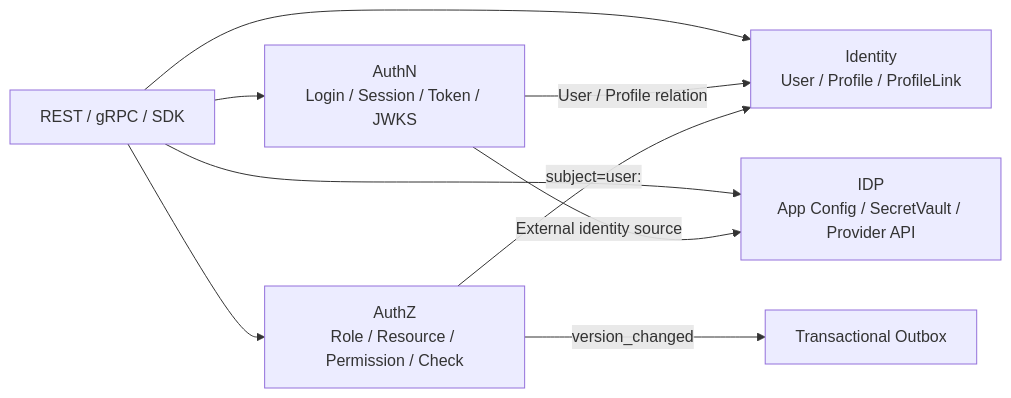
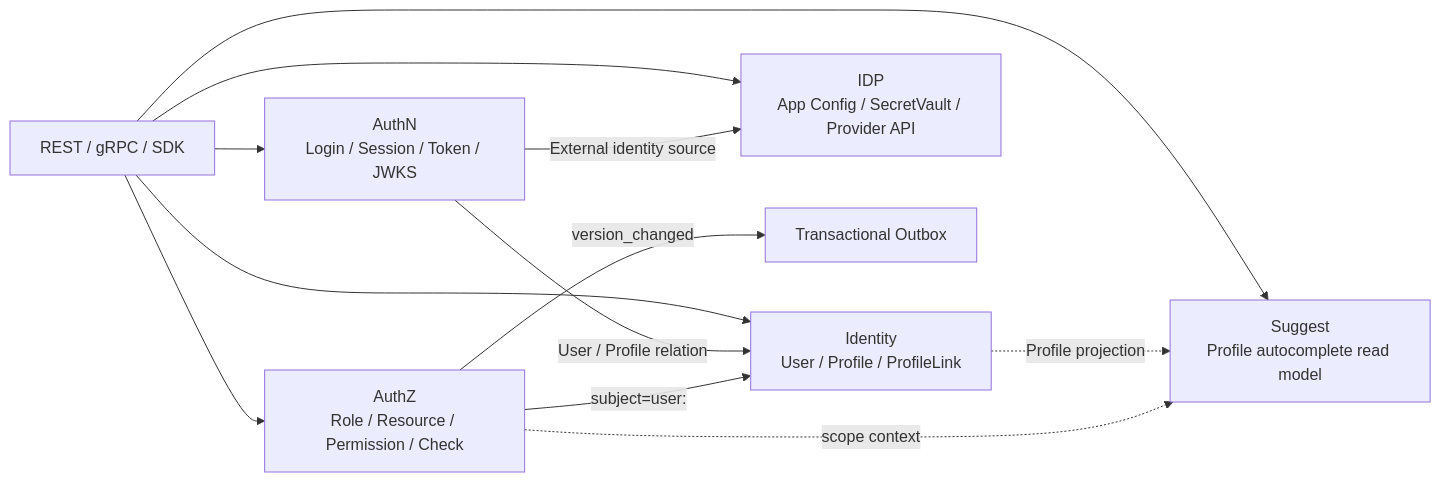
Before and after one commit to FangcunMount/iam: the third of 5 diagrams in docs/07-宣讲/02-系统架构讲法.md, drawn with Mermaid. The commit also changed other lines of this file and 16 other files, not shown here.

````diff
--- a/docs/07-宣讲/02-系统架构讲法.md
+++ b/docs/07-宣讲/02-系统架构讲法.md
@@ -267,19 +294,23 @@
 ```mermaid
 flowchart LR
     AuthN["AuthN<br/>Login / Session / Token / JWKS"]
     AuthZ["AuthZ<br/>Role / Resource / Permission / Check"]
     Identity["Identity<br/>User / Profile / ProfileLink"]
     IDP["IDP<br/>App Config / SecretVault / Provider API"]
+    Suggest["Suggest<br/>Profile autocomplete read model"]
     Access["REST / gRPC / SDK"]
     Outbox["Transactional Outbox"]
 
     Access --> AuthN
     Access --> AuthZ
     Access --> Identity
     Access --> IDP
+    Access --> Suggest
 
     AuthN -->|"User / Profile relation"| Identity
     AuthN -->|"External identity source"| IDP
     AuthZ -->|"subject=user:<id>"| Identity
     AuthZ -->|"version_changed"| Outbox
+    Identity -."Profile projection".-> Suggest
+    AuthZ -."scope context".-> Suggest
 ```
````
